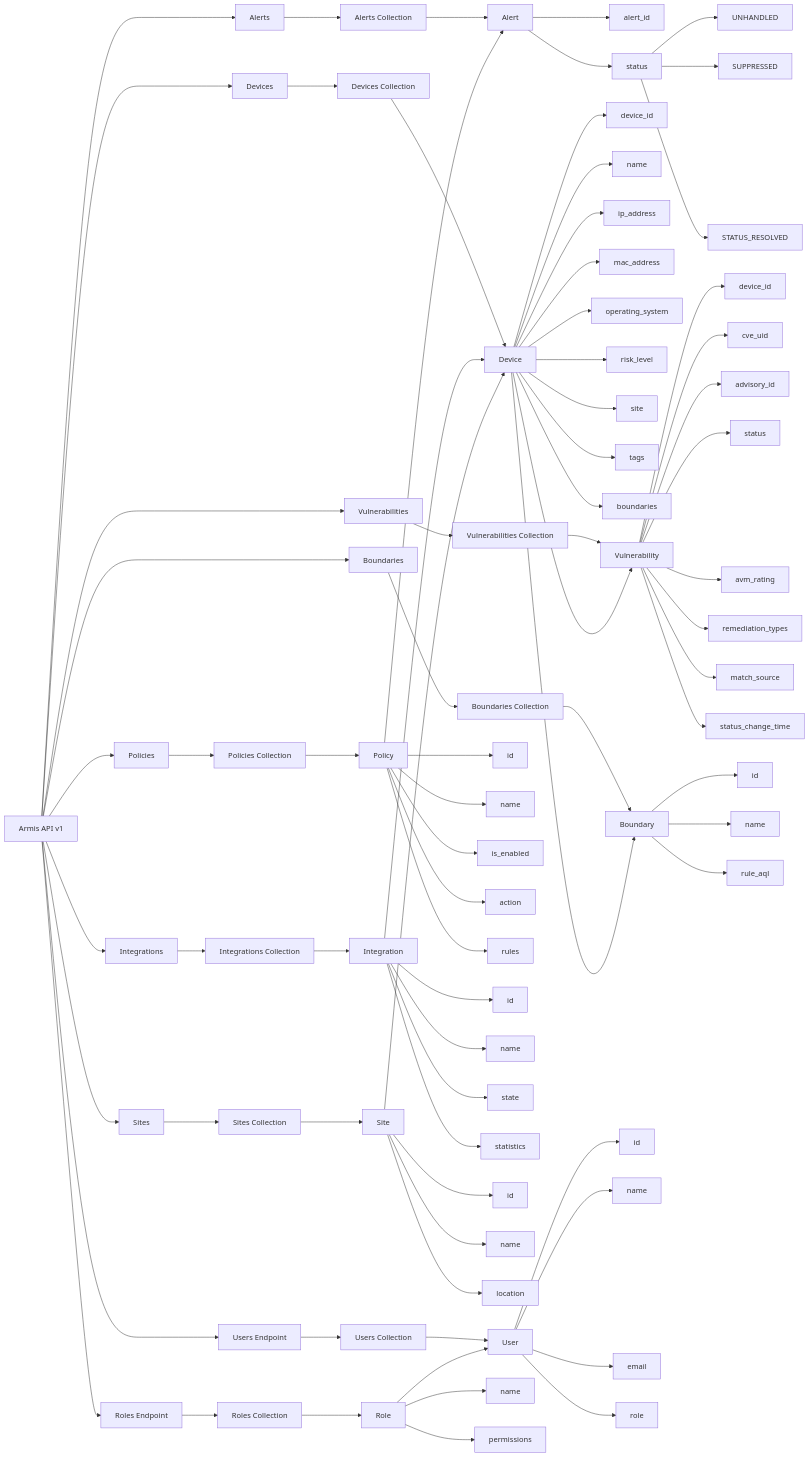
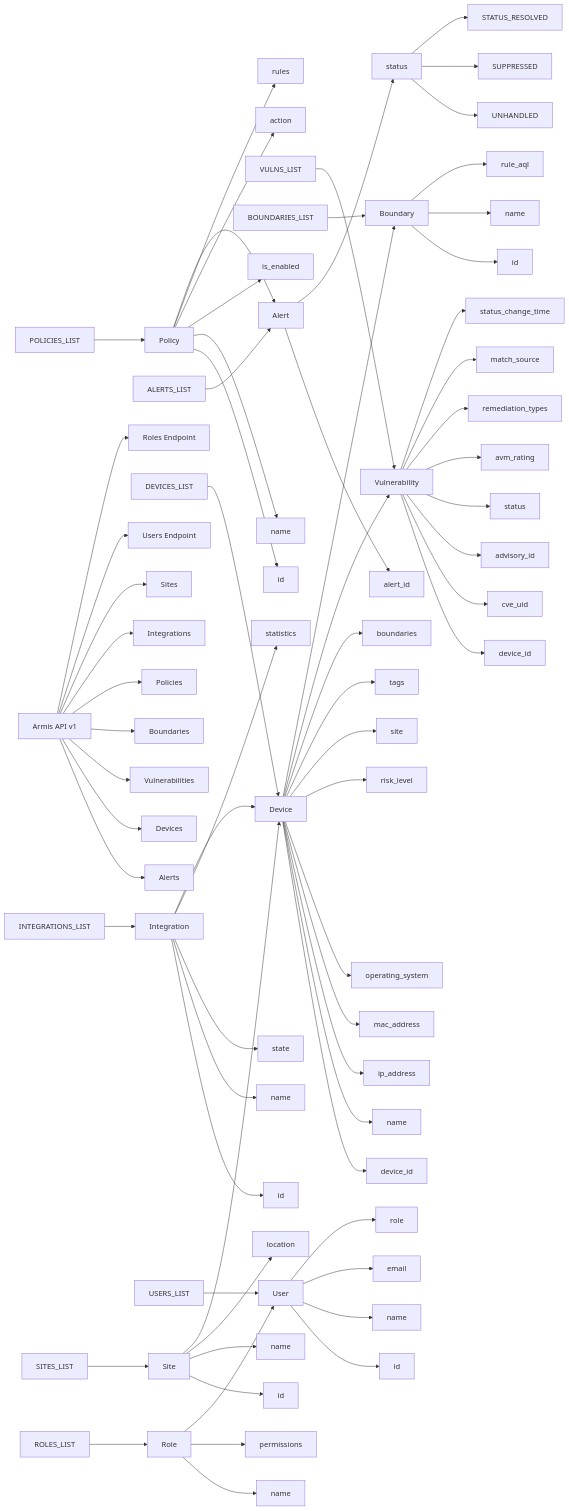
The diagram in armis_api_flowchart.mmd (markteicher/Armis-Centrix-for-Splunk), drawn with Mermaid before and after one commit.

```diff
--- a/armis_api_flowchart.mmd
+++ b/armis_api_flowchart.mmd
@@ -1,124 +1,123 @@
 flowchart LR
 
 %% =====================
 %% CORE ENTRY
 %% =====================
 API[Armis API v1]
 
 %% =====================
 %% ALERTS
 %% =====================
 API --> ALERTS_ENDPOINT[Alerts]
-ALERTS_ENDPOINT --> ALERTS_LIST[Alerts Collection]
 ALERTS_LIST --> ALERT[Alert]
 ALERT --> ALERT_ID[alert_id]
 ALERT --> ALERT_STATUS[status]
 ALERT_STATUS --> STATUS_UNHANDLED[UNHANDLED]
 ALERT_STATUS --> STATUS_SUPPRESSED[SUPPRESSED]
 ALERT_STATUS --> STATUS_RESOLVED
 
 %% =====================
 %% DEVICES
 %% =====================
 API --> DEVICES_ENDPOINT[Devices]
-DEVICES_ENDPOINT --> DEVICES_LIST[Devices Collection]
+
 DEVICES_LIST --> DEVICE[Device]
 DEVICE --> DEVICE_ID[device_id]
 DEVICE --> DEVICE_NAME[name]
 DEVICE --> DEVICE_IP[ip_address]
 DEVICE --> DEVICE_MAC[mac_address]
 DEVICE --> DEVICE_OS[operating_system]
 DEVICE --> DEVICE_RISK[risk_level]
 DEVICE --> DEVICE_SITE[site]
 DEVICE --> DEVICE_TAGS[tags]
 DEVICE --> DEVICE_BOUNDARIES[boundaries]
 
 %% =====================
 %% VULNERABILITIES
 %% =====================
 API --> VULNS_ENDPOINT[Vulnerabilities]
-VULNS_ENDPOINT --> VULNS_LIST[Vulnerabilities Collection]
+
 VULNS_LIST --> VULN[Vulnerability]
 VULN --> VULN_DEVICE_ID[device_id]
 VULN --> VULN_CVE[cve_uid]
 VULN --> VULN_ADVISORY[advisory_id]
 VULN --> VULN_STATUS[status]
 VULN --> VULN_AVM[avm_rating]
 VULN --> VULN_REMEDIATION[remediation_types]
 VULN --> VULN_MATCH_SOURCE[match_source]
 VULN --> VULN_STATUS_TIME[status_change_time]
 
 DEVICE --> VULN
 
 %% =====================
 %% BOUNDARIES
 %% =====================
 API --> BOUNDARIES_ENDPOINT[Boundaries]
-BOUNDARIES_ENDPOINT --> BOUNDARIES_LIST[Boundaries Collection]
+
 BOUNDARIES_LIST --> BOUNDARY[Boundary]
 BOUNDARY --> BOUNDARY_ID[id]
 BOUNDARY --> BOUNDARY_NAME[name]
 BOUNDARY --> BOUNDARY_RULE[rule_aql]
 
 DEVICE --> BOUNDARY
 
 %% =====================
 %% POLICIES
 %% =====================
 API --> POLICIES_ENDPOINT[Policies]
-POLICIES_ENDPOINT --> POLICIES_LIST[Policies Collection]
+
 POLICIES_LIST --> POLICY[Policy]
 POLICY --> POLICY_ID[id]
 POLICY --> POLICY_NAME[name]
 POLICY --> POLICY_ENABLED[is_enabled]
 POLICY --> POLICY_ACTION[action]
 POLICY --> POLICY_RULES[rules]
 
 POLICY --> ALERT
 
 %% =====================
 %% INTEGRATIONS
 %% =====================
 API --> INTEGRATIONS_ENDPOINT[Integrations]
-INTEGRATIONS_ENDPOINT --> INTEGRATIONS_LIST[Integrations Collection]
+
 INTEGRATIONS_LIST --> INTEGRATION[Integration]
 INTEGRATION --> INTEGRATION_ID[id]
 INTEGRATION --> INTEGRATION_NAME[name]
 INTEGRATION --> INTEGRATION_STATE[state]
 INTEGRATION --> INTEGRATION_STATS[statistics]
 
 INTEGRATION --> DEVICE
 
 %% =====================
 %% SITES
 %% =====================
 API --> SITES_ENDPOINT[Sites]
-SITES_ENDPOINT --> SITES_LIST[Sites Collection]
+
 SITES_LIST --> SITE[Site]
 SITE --> SITE_ID[id]
 SITE --> SITE_NAME[name]
 SITE --> SITE_LOCATION[location]
 
 SITE --> DEVICE
 
 %% =====================
 %% USERS
 %% =====================
 API --> USERS_ENDPOINT[Users Endpoint]
-USERS_ENDPOINT --> USERS_LIST[Users Collection]
+
 USERS_LIST --> USER[User]
 USER --> USER_ID[id]
 USER --> USER_NAME[name]
 USER --> USER_EMAIL[email]
 USER --> USER_ROLE[role]
 
 %% =====================
 %% ROLES
 %% =====================
 API --> ROLES_ENDPOINT[Roles Endpoint]
-ROLES_ENDPOINT --> ROLES_LIST[Roles Collection]
+
 ROLES_LIST --> ROLE[Role]
 ROLE --> ROLE_NAME[name]
 ROLE --> ROLE_PERMISSIONS[permissions]
 
 ROLE --> USER
```
